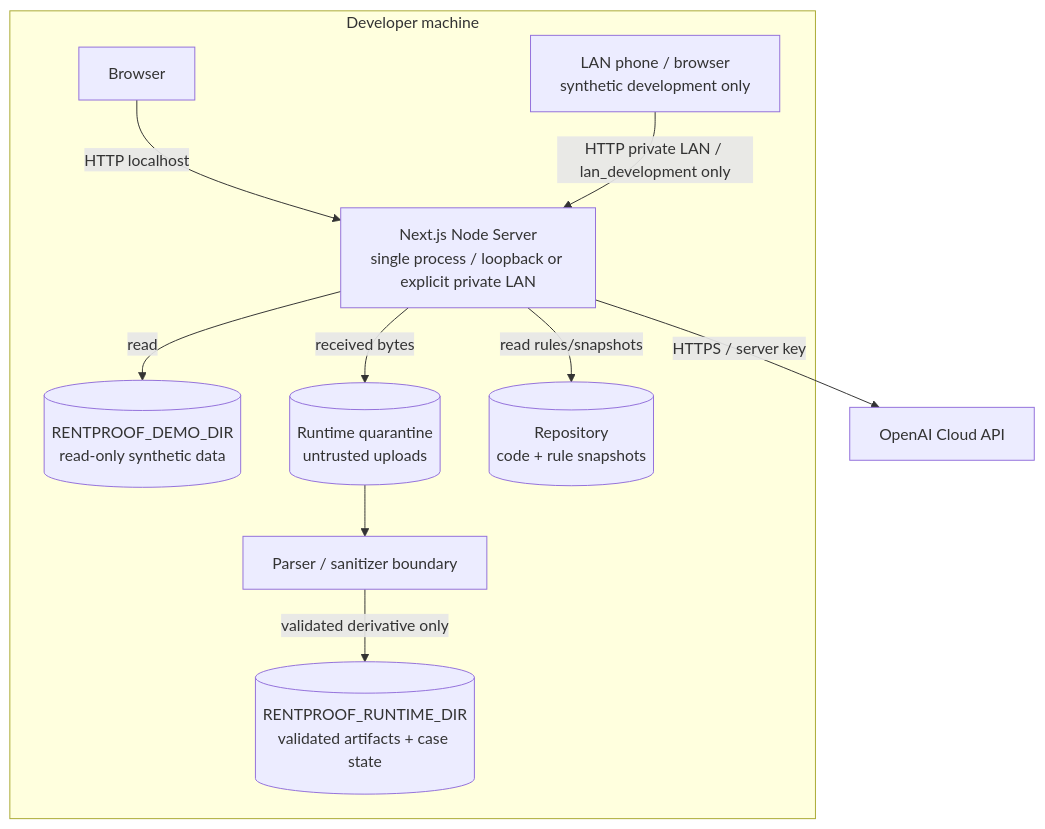
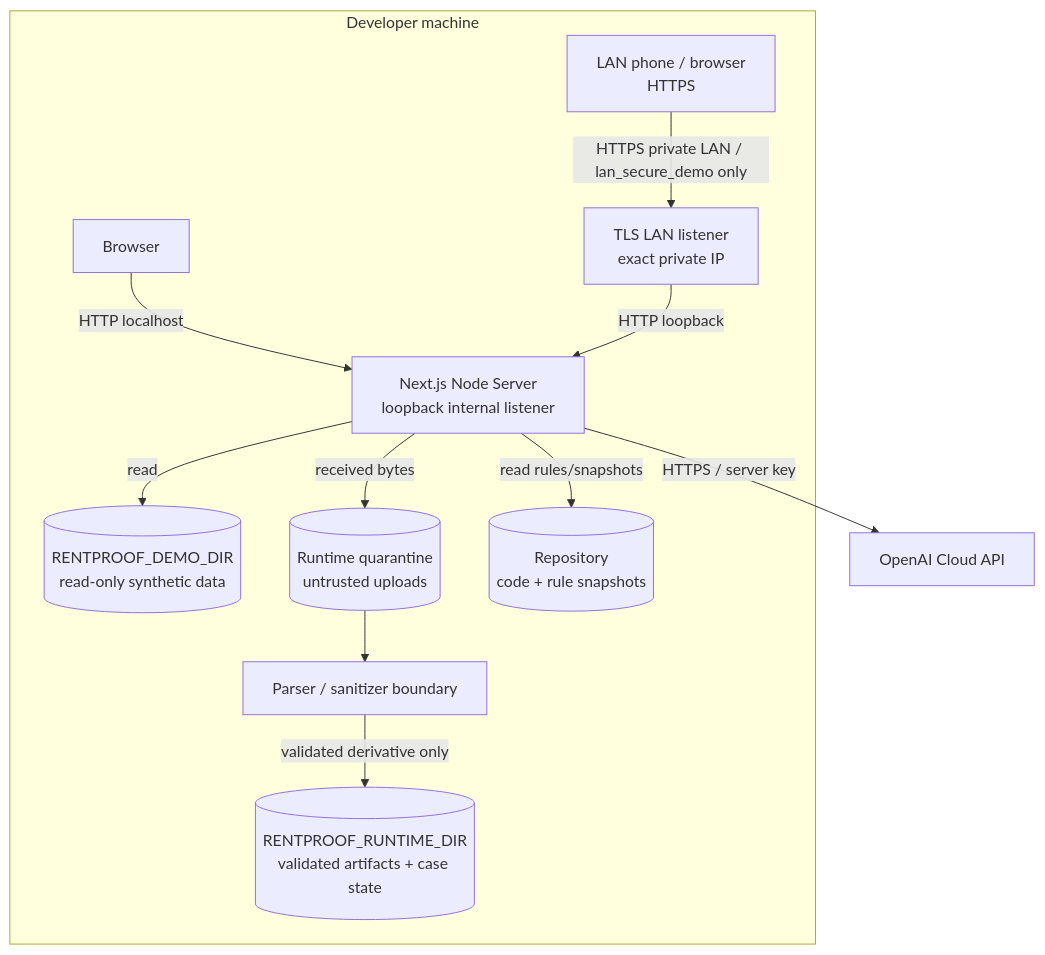
The second of 10 diagrams in docs/SYSTEM_ARCHITECTURE.md (borndaschen/RentProof), drawn with Mermaid before and after one commit. The commit also changed other lines of this file and 101 other files, not shown here.

Commit message:
Add secure LAN real-material demo

````diff
--- a/docs/SYSTEM_ARCHITECTURE.md
+++ b/docs/SYSTEM_ARCHITECTURE.md
@@ -103,24 +103,26 @@
 ```mermaid
 flowchart TB
   subgraph HOST[Developer machine]
     BROWSER[Browser]
-    NODE[Next.js Node Server<br/>single process / loopback or explicit private LAN]
-    LANCLIENT[LAN phone / browser<br/>synthetic development only]
+    TLS[TLS LAN listener<br/>exact private IP]
+    NODE[Next.js Node Server<br/>loopback internal listener]
+    LANCLIENT[LAN phone / browser<br/>HTTPS]
     DEMODIR[(RENTPROOF_DEMO_DIR<br/>read-only synthetic data)]
     QUAR[(Runtime quarantine<br/>untrusted uploads)]
     RUNTIMEDIR[(RENTPROOF_RUNTIME_DIR<br/>validated artifacts + case state)]
     PARSER[Parser / sanitizer boundary]
     REPO[(Repository<br/>code + rule snapshots)]
   end
 
   OPENAI[OpenAI Cloud API]
 
   BROWSER -->|HTTP localhost| NODE
-  LANCLIENT -->|HTTP private LAN / lan_development only| NODE
+  LANCLIENT -->|HTTPS private LAN / lan_secure_demo only| TLS
+  TLS -->|HTTP loopback| NODE
   NODE -->|read| DEMODIR
   NODE -->|received bytes| QUAR
   QUAR --> PARSER
   PARSER -->|validated derivative only| RUNTIMEDIR
   NODE -->|read rules/snapshots| REPO
   NODE -->|HTTPS / server key| OPENAI
 ```
````
